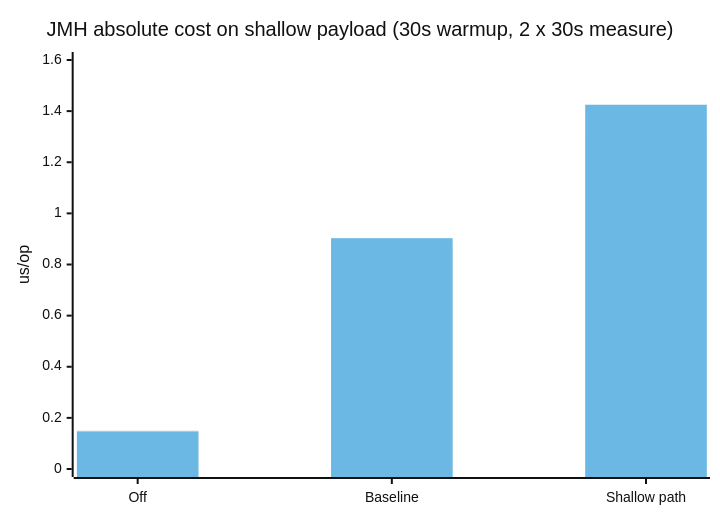
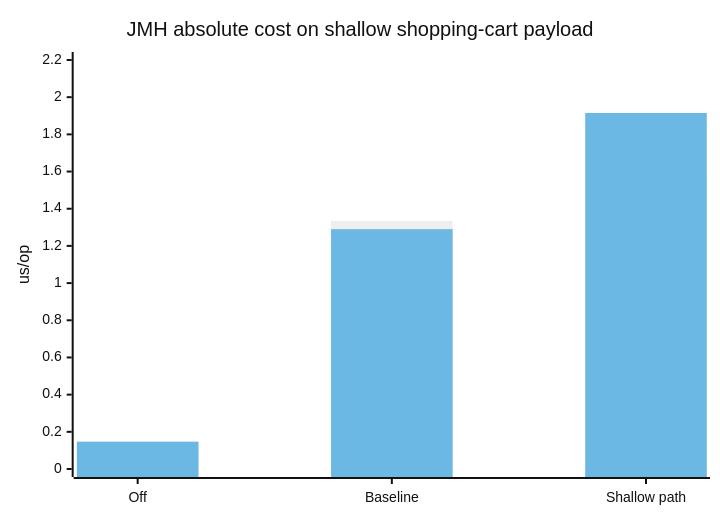
Before and after one commit to hectorad/bean-validation: the second of 2 diagrams in complete/docs/extensions-validator-benchmark-report.md, drawn with Mermaid (neutral theme). The commit also changed other lines of this file and 12 other files, not shown here.

Commit message:
Refine shopping cart perf model and benchmark report

````diff
--- a/complete/docs/extensions-validator-benchmark-report.md
+++ b/complete/docs/extensions-validator-benchmark-report.md
@@ -50,8 +62,8 @@
 ```mermaid
 xychart-beta
-    title "JMH absolute cost on shallow payload (30s warmup, 2 x 30s measure)"
+    title "JMH absolute cost on shallow shopping-cart payload"
     x-axis ["Off","Baseline","Shallow path"]
-    y-axis "us/op" 0 --> 1.6
-    bar "Map" [0.152, 0.866, 1.297]
-    bar "Raw JSON" [0.147, 0.903, 1.425]
+    y-axis "us/op" 0 --> 2.2
+    bar "Map" [0.147, 1.334, 1.549]
+    bar "Raw JSON" [0.147, 1.290, 1.915]
 ```
````
